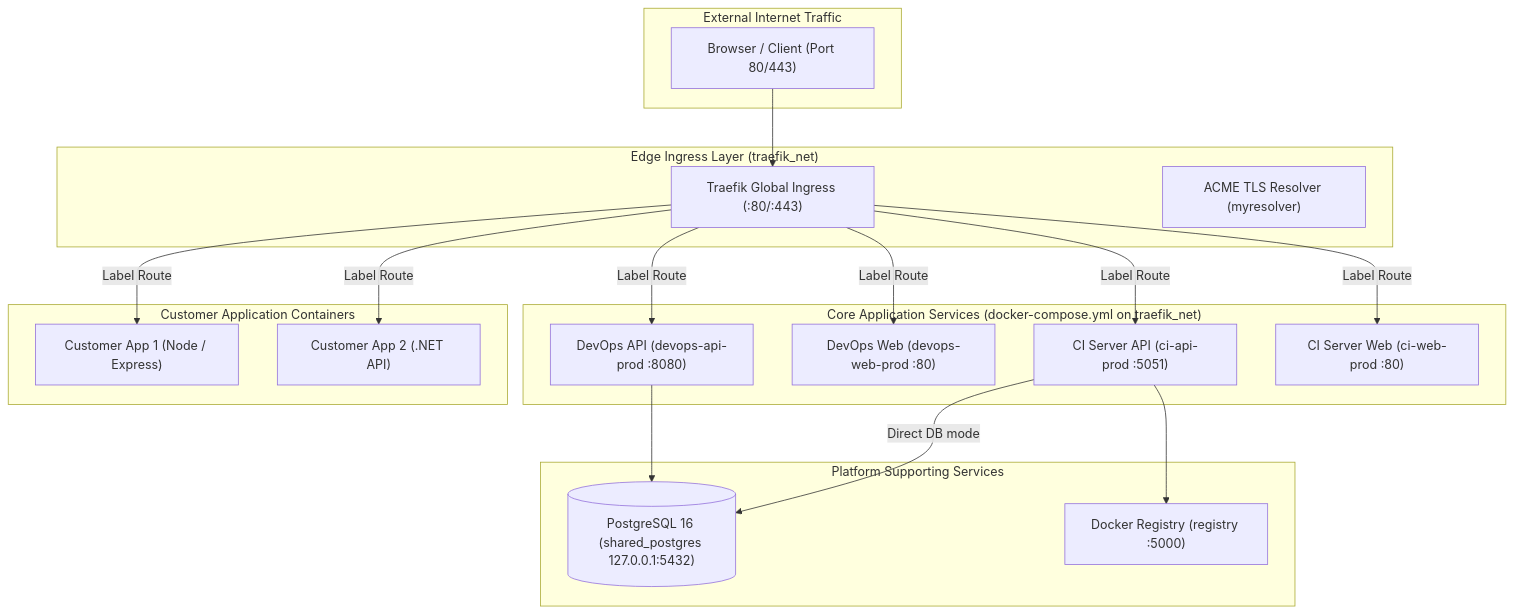
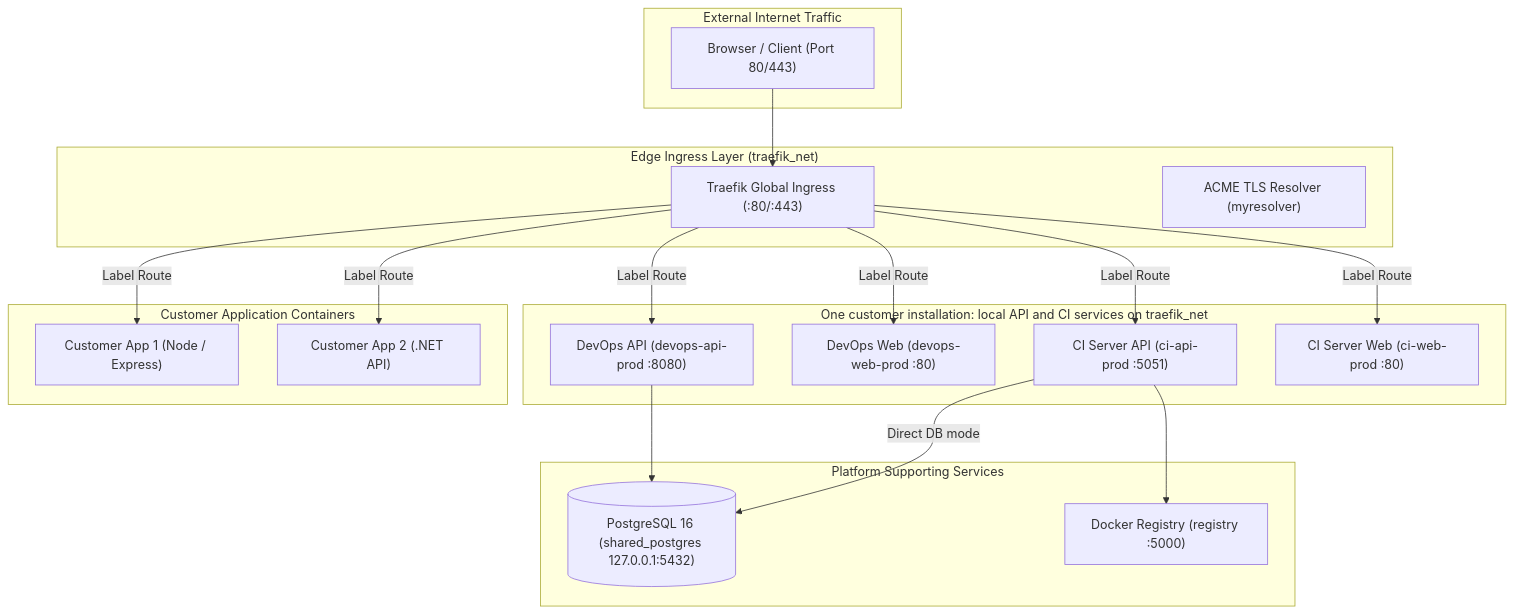
The diagram in docs/v2/02-architecture/HOST_ARCHITECTURE.md (tmk-computers/vps-infra), drawn with Mermaid before and after one commit. The commit also changed other lines of this file and 12 other files, not shown here.

Commit message:
docs: clarify customer-hosted platform architecture and deployment limits

````diff
--- a/docs/v2/02-architecture/HOST_ARCHITECTURE.md
+++ b/docs/v2/02-architecture/HOST_ARCHITECTURE.md
@@ -18,40 +20,40 @@
 ```mermaid
 graph TD
     subgraph "External Internet Traffic"
         Client["Browser / Client (Port 80/443)"]
     end
 
     subgraph "Edge Ingress Layer (traefik_net)"
         Traefik["Traefik Global Ingress (:80/:443)"]
         ACME["ACME TLS Resolver (myresolver)"]
     end
 
-    subgraph "Core Application Services (docker-compose.yml on traefik_net)"
+    subgraph "One customer installation: local API and CI services on traefik_net"
         API["DevOps API (devops-api-prod :8080)"]
         Web["DevOps Web (devops-web-prod :80)"]
         CIAPI["CI Server API (ci-api-prod :5051)"]
         CIWeb["CI Server Web (ci-web-prod :80)"]
     end
 
     subgraph "Platform Supporting Services"
         PG[("PostgreSQL 16 (shared_postgres 127.0.0.1:5432)")]
         Registry["Docker Registry (registry :5000)"]
     end
 
     subgraph "Customer Application Containers"
         App1["Customer App 1 (Node / Express)"]
         App2["Customer App 2 (.NET API)"]
     end
 
     Client --> Traefik
     Traefik -->|Label Route| API
     Traefik -->|Label Route| Web
     Traefik -->|Label Route| CIAPI
     Traefik -->|Label Route| CIWeb
     Traefik -->|Label Route| App1
     Traefik -->|Label Route| App2
 
     API --> PG
     CIAPI -->|"Direct DB mode"| PG
     CIAPI --> Registry
 ```
````
